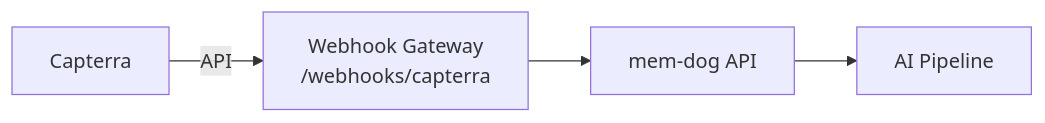
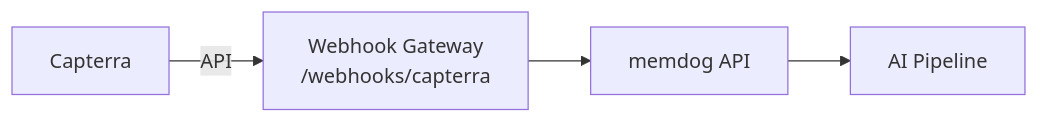
Before and after one commit to BuildGeekAI/mem-dog: the diagram in docs/apps/capterra/setup.md, drawn with Mermaid. The commit also changed 412 other files, not shown here.

````diff
--- a/docs/apps/capterra/setup.md
+++ b/docs/apps/capterra/setup.md
@@ -7,5 +7,5 @@
 ```mermaid
 graph LR
     SRC[Capterra] -- "API" --> GW[Webhook Gateway<br/>/webhooks/capterra]
-    GW --> API[mem-dog API] --> PIPE[AI Pipeline]
+    GW --> API[memdog API] --> PIPE[AI Pipeline]
 ```
````
